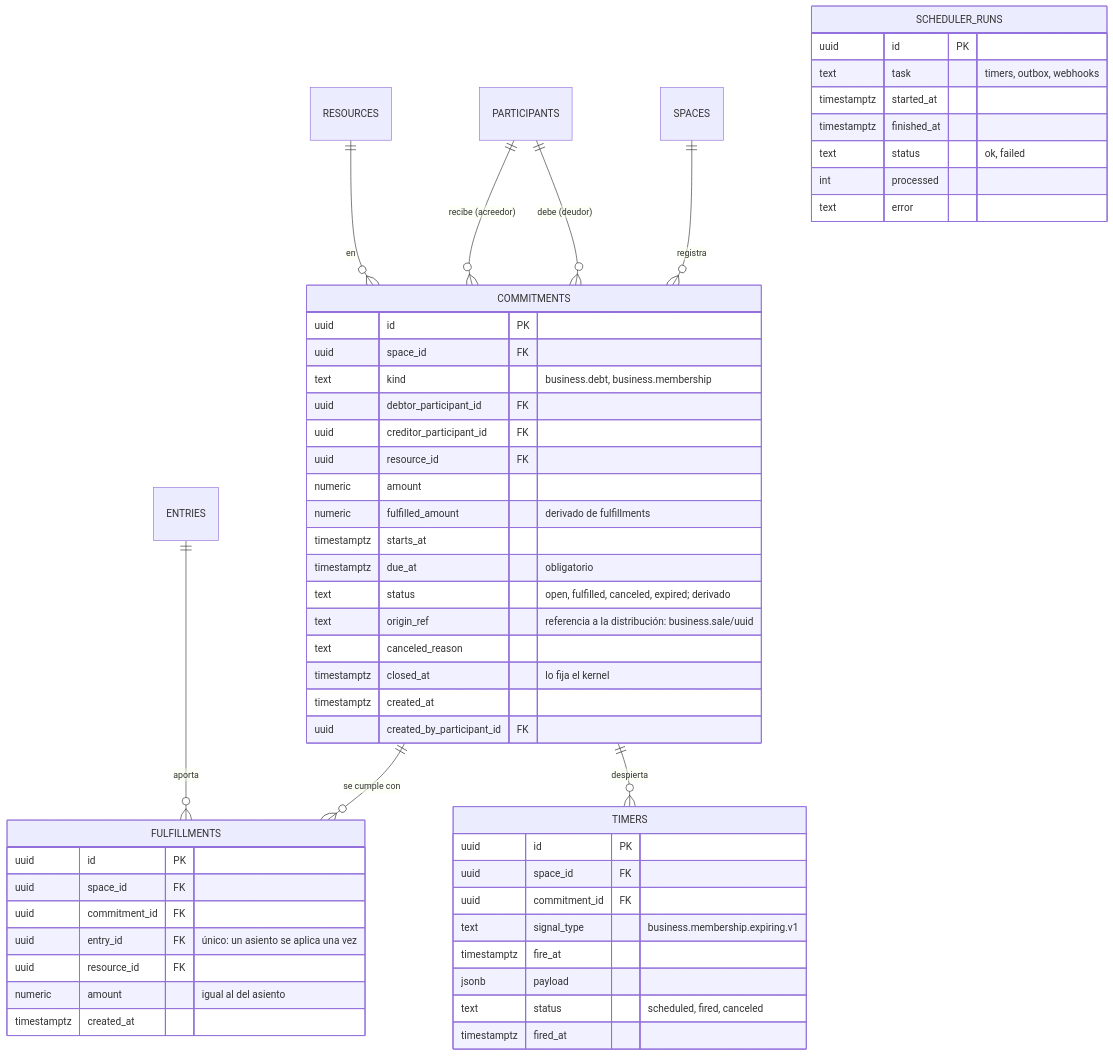
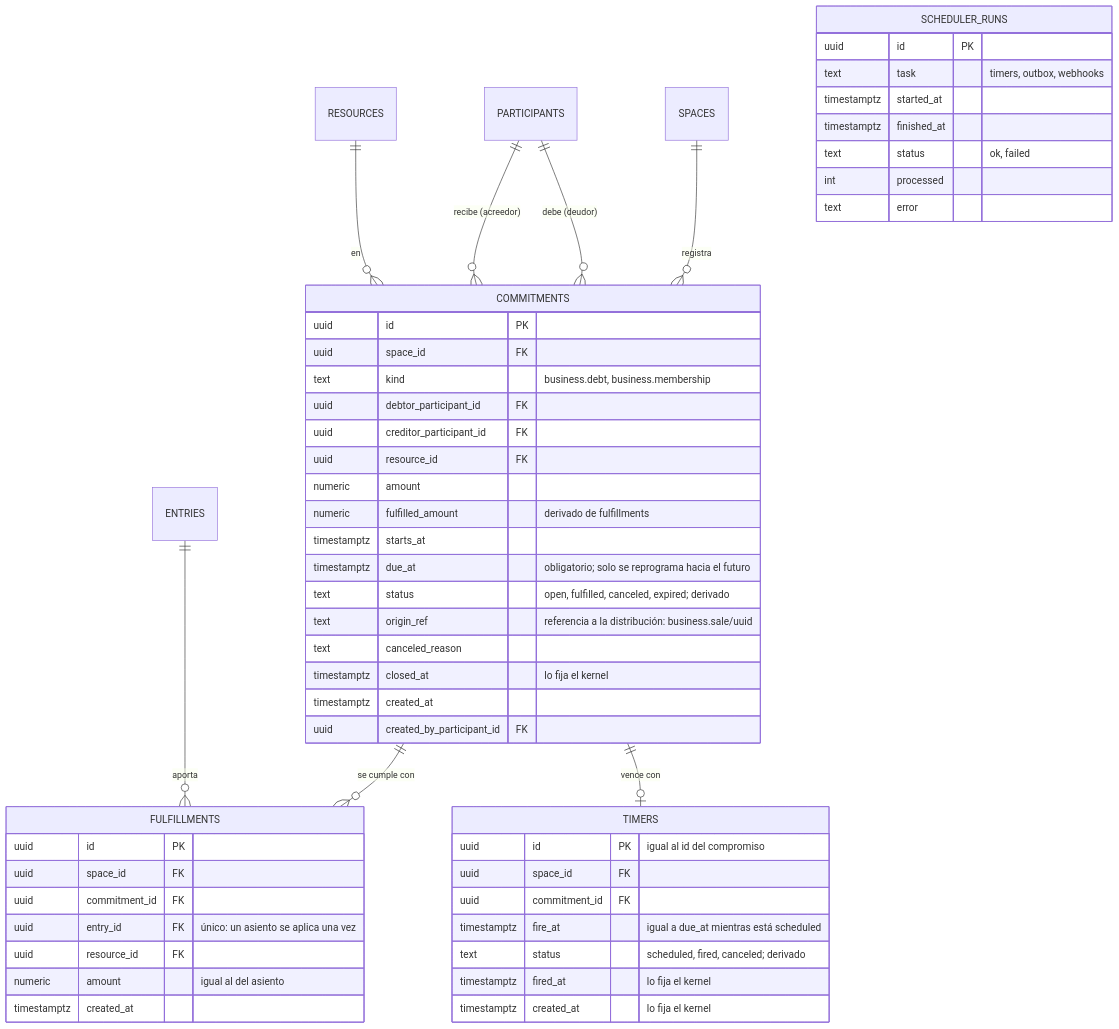
Before and after one commit to NexusThrive/nexusthrive: the third of 4 diagrams in docs/02-arquitectura/modelo-de-datos/kernel.md, drawn with Mermaid. The commit also changed other lines of this file and 5 other files, not shown here.

Commit message:
docs(HU-kernel-timers-12): document timers, expiry and the sprint status

````diff
--- a/docs/02-arquitectura/modelo-de-datos/kernel.md
+++ b/docs/02-arquitectura/modelo-de-datos/kernel.md
@@ -216,57 +216,56 @@
 ```mermaid
 erDiagram
     SPACES ||--o{ COMMITMENTS : "registra"
     PARTICIPANTS ||--o{ COMMITMENTS : "debe (deudor)"
     PARTICIPANTS ||--o{ COMMITMENTS : "recibe (acreedor)"
     RESOURCES ||--o{ COMMITMENTS : "en"
     COMMITMENTS ||--o{ FULFILLMENTS : "se cumple con"
     ENTRIES ||--o{ FULFILLMENTS : "aporta"
-    COMMITMENTS ||--o{ TIMERS : "despierta"
+    COMMITMENTS ||--o| TIMERS : "vence con"
 
     COMMITMENTS {
         uuid id PK
         uuid space_id FK
         text kind "business.debt, business.membership"
         uuid debtor_participant_id FK
         uuid creditor_participant_id FK
         uuid resource_id FK
         numeric amount
         numeric fulfilled_amount "derivado de fulfillments"
         timestamptz starts_at
-        timestamptz due_at "obligatorio"
+        timestamptz due_at "obligatorio; solo se reprograma hacia el futuro"
         text status "open, fulfilled, canceled, expired; derivado"
         text origin_ref "referencia a la distribución: business.sale/uuid"
         text canceled_reason
         timestamptz closed_at "lo fija el kernel"
         timestamptz created_at
         uuid created_by_participant_id FK
     }
     FULFILLMENTS {
         uuid id PK
         uuid space_id FK
         uuid commitment_id FK
         uuid entry_id FK "único: un asiento se aplica una vez"
         uuid resource_id FK
         numeric amount "igual al del asiento"
         timestamptz created_at
     }
     TIMERS {
-        uuid id PK
+        uuid id PK "igual al id del compromiso"
         uuid space_id FK
         uuid commitment_id FK
-        text signal_type "business.membership.expiring.v1"
-        timestamptz fire_at
-        jsonb payload
-        text status "scheduled, fired, canceled"
-        timestamptz fired_at
+        timestamptz fire_at "igual a due_at mientras está scheduled"
+        text status "scheduled, fired, canceled; derivado"
+        timestamptz fired_at "lo fija el kernel"
+        timestamptz created_at "lo fija el kernel"
     }
     SCHEDULER_RUNS {
         uuid id PK
         text task "timers, outbox, webhooks"
         timestamptz started_at
         timestamptz finished_at
         text status "ok, failed"
         int processed
         text error
     }
 ```
````
